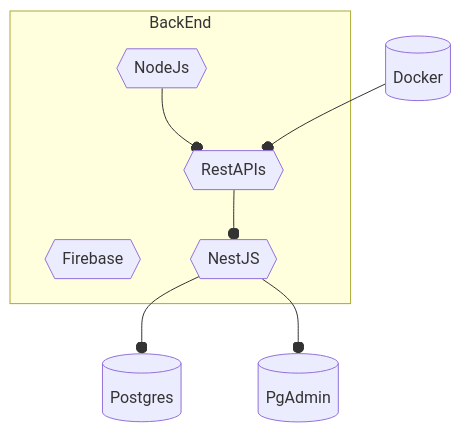
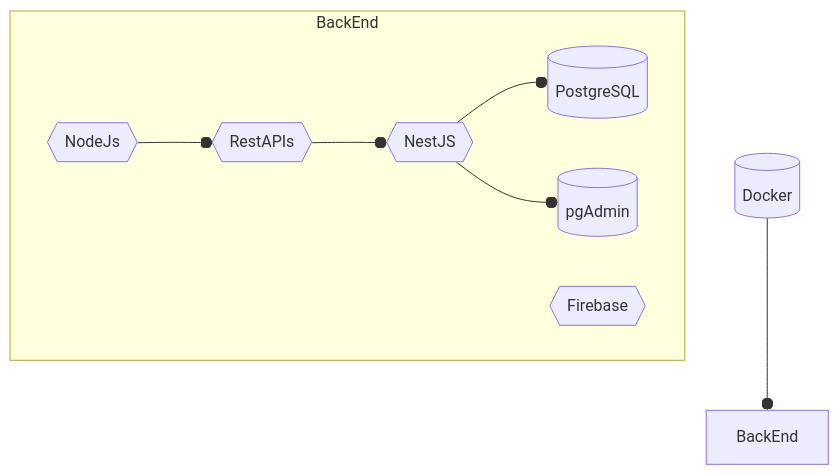
One commit to ricardoiso/ricardoiso changed the second of 3 diagrams in README.md. Above: the diagram before and after it, drawn with Mermaid.

Commit message:
fix backend relations

````diff
--- a/README.md
+++ b/README.md
@@ -64,21 +64,23 @@
 ```mermaid
 flowchart 
 node{{NodeJs}}
 rest{{RestAPIs}}
 fb{{Firebase}}
 nest{{NestJS}}
-pst[("Postgres")]
-pg[("PgAdmin")]
+pst[("PostgreSQL")]
+pg[("pgAdmin")]
 docker[("Docker")]
  subgraph  BackEnd
 node
 fb
 rest
 nest
+pst
+pg
  end
  node --o rest
  rest --o nest
  nest --o pst
  nest --o pg
- docker --o rest
+ docker --o BackEnd
 ```
````
